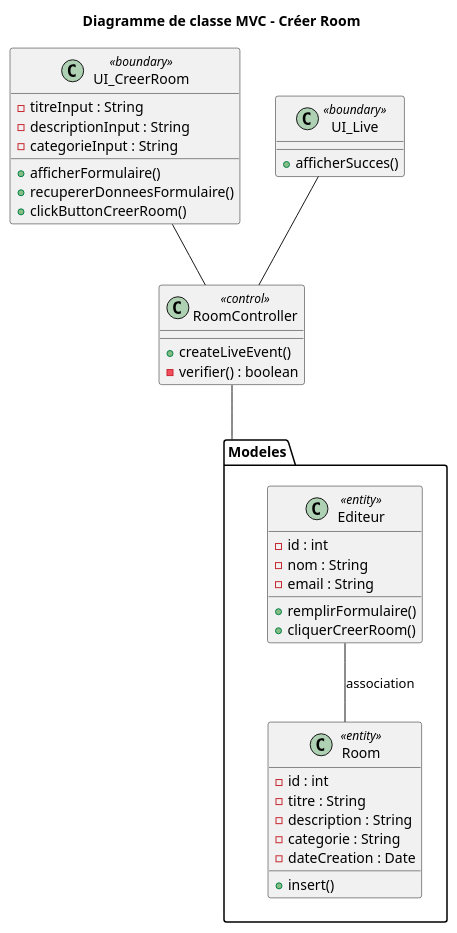
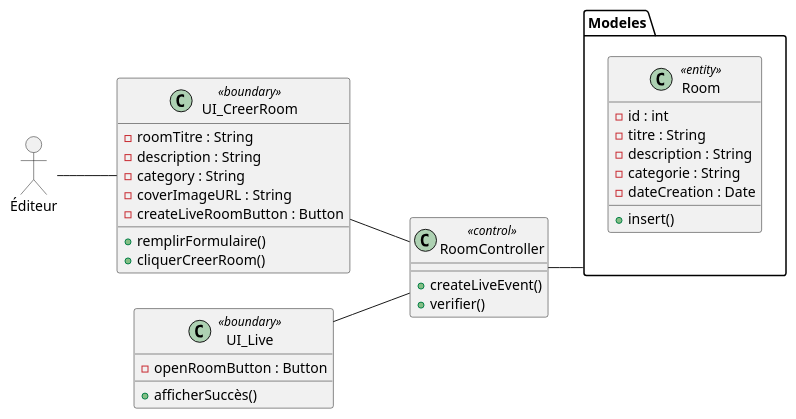
The diagram in Desktop/rapport/classe/creerroom.puml (benslimenmohamedaziz3-bot/diagrammes), drawn with PlantUML before and after one commit. The commit also changed 17 other files, not shown here.

```diff
--- a/Desktop/rapport/classe/creerroom.puml
+++ b/Desktop/rapport/classe/creerroom.puml
@@ -1,45 +1,40 @@
 @startuml
-title Diagramme de classe MVC - Créer Room
+allowmixing
+left to right direction
+actor "Éditeur" as Editeur
 
 class UI_CreerRoom <<boundary>> {
-  - titreInput : String
-  - descriptionInput : String
-  - categorieInput : String
-  + afficherFormulaire()
-  + recupererDonneesFormulaire()
-  + clickButtonCreerRoom()
+  -roomTitre : String
+  -description : String
+  -category : String
+  -coverImageURL : String
+  -createLiveRoomButton : Button
+  + remplirFormulaire()
+  + cliquerCreerRoom()
 }
-
 class UI_Live <<boundary>> {
-  + afficherSucces()
+  -openRoomButton : Button
+  + afficherSuccès()
 }
 
 class RoomController <<control>> {
   + createLiveEvent()
-  - verifier() : boolean
+  + verifier()
 }
 package "Modeles" {
 class Room <<entity>> {
   - id : int
   - titre : String
   - description : String
   - categorie : String
   - dateCreation : Date
   + insert()
 }
 
-class Editeur <<entity>> {
-  - id : int
-  - nom : String
-  - email : String
-  + remplirFormulaire()
-  + cliquerCreerRoom()
 }
-}
-
+Editeur -- UI_CreerRoom
 UI_CreerRoom -- RoomController
 RoomController -- Modeles
 UI_Live -- RoomController
-Editeur -- Room : association
 
 @enduml
```
